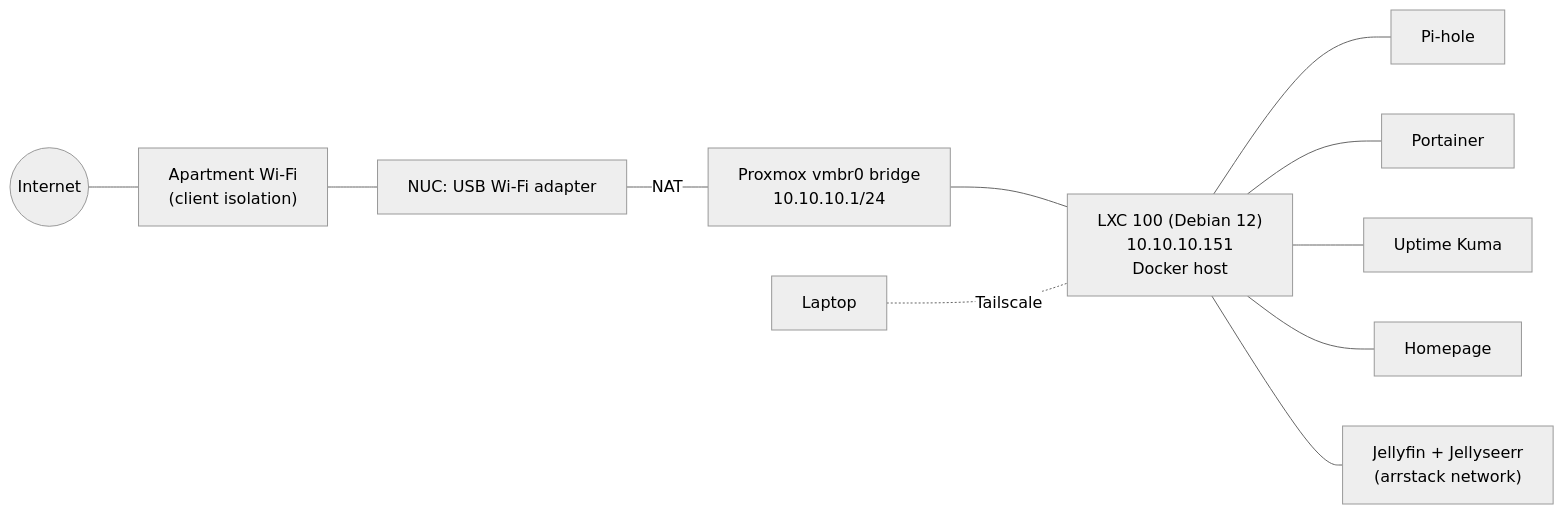
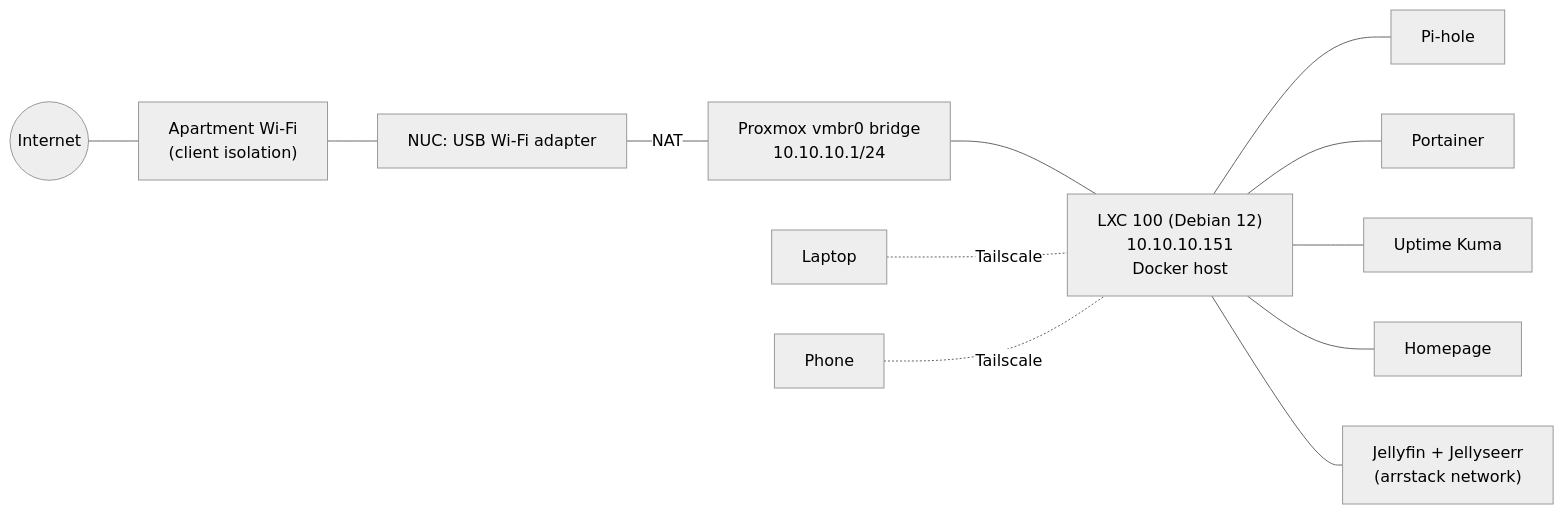
Before and after one commit to srymsjackson/my-NUC-homelab: the diagram in README.md, drawn with Mermaid (neutral theme).

Commit message:
Add Phone entry to README

````diff
--- a/README.md
+++ b/README.md
@@ -19,13 +19,14 @@
 ```mermaid
 flowchart LR
     NET((Internet)) --- AP["Apartment Wi-Fi<br/>(client isolation)"]
     AP --- WIFI["NUC: USB Wi-Fi adapter"]
     WIFI -- "NAT" --- BR["Proxmox vmbr0 bridge<br/>10.10.10.1/24"]
     BR --- LXC["LXC 100 (Debian 12)<br/>10.10.10.151<br/>Docker host"]
     LXC --- PH[Pi-hole]
     LXC --- PT[Portainer]
     LXC --- UK[Uptime Kuma]
     LXC --- HP[Homepage]
     LXC --- JF["Jellyfin + Jellyseerr<br/>(arrstack network)"]
     LAPTOP[Laptop] -. "Tailscale" .- LXC
+    PHONE[Phone] -. "Tailscale" .- LXC
 ```
````
